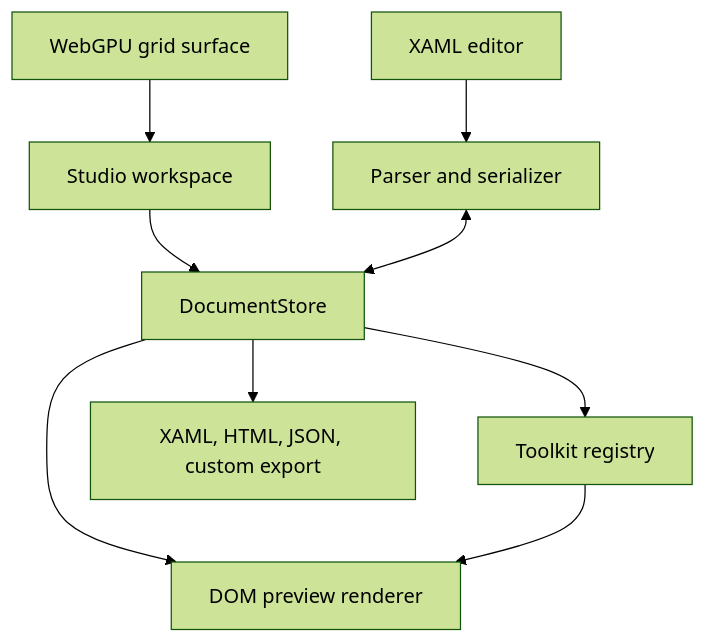
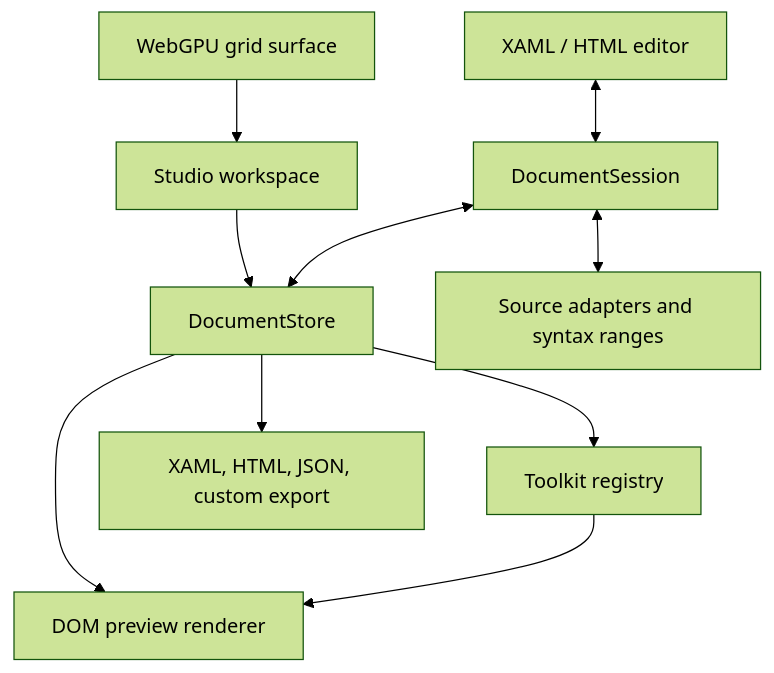
The first of 2 diagrams in dist/docs/ARCHITECTURE.md (wieslawsoltes/XamoraStudio), drawn with Mermaid (forest theme) before and after one commit. The commit also changed other lines of this file and 22 other files, not shown here.

````diff
--- a/dist/docs/ARCHITECTURE.md
+++ b/dist/docs/ARCHITECTURE.md
@@ -15,11 +15,12 @@
 ```mermaid
 flowchart TD
     UI["Studio workspace"] --> Store["DocumentStore"]
-    Editor["XAML editor"] --> Parser["Parser and serializer"]
-    Parser <--> Store
+    Editor["XAML / HTML editor"] <--> Session["DocumentSession"]
+    Session <--> Parser["Source adapters and syntax ranges"]
+    Session <--> Store
     Store --> Registry["Toolkit registry"]
     Store --> Preview["DOM preview renderer"]
     Registry --> Preview
     Store --> Export["XAML, HTML, JSON, custom export"]
     GPU["WebGPU grid surface"] --> UI
 ```
````
